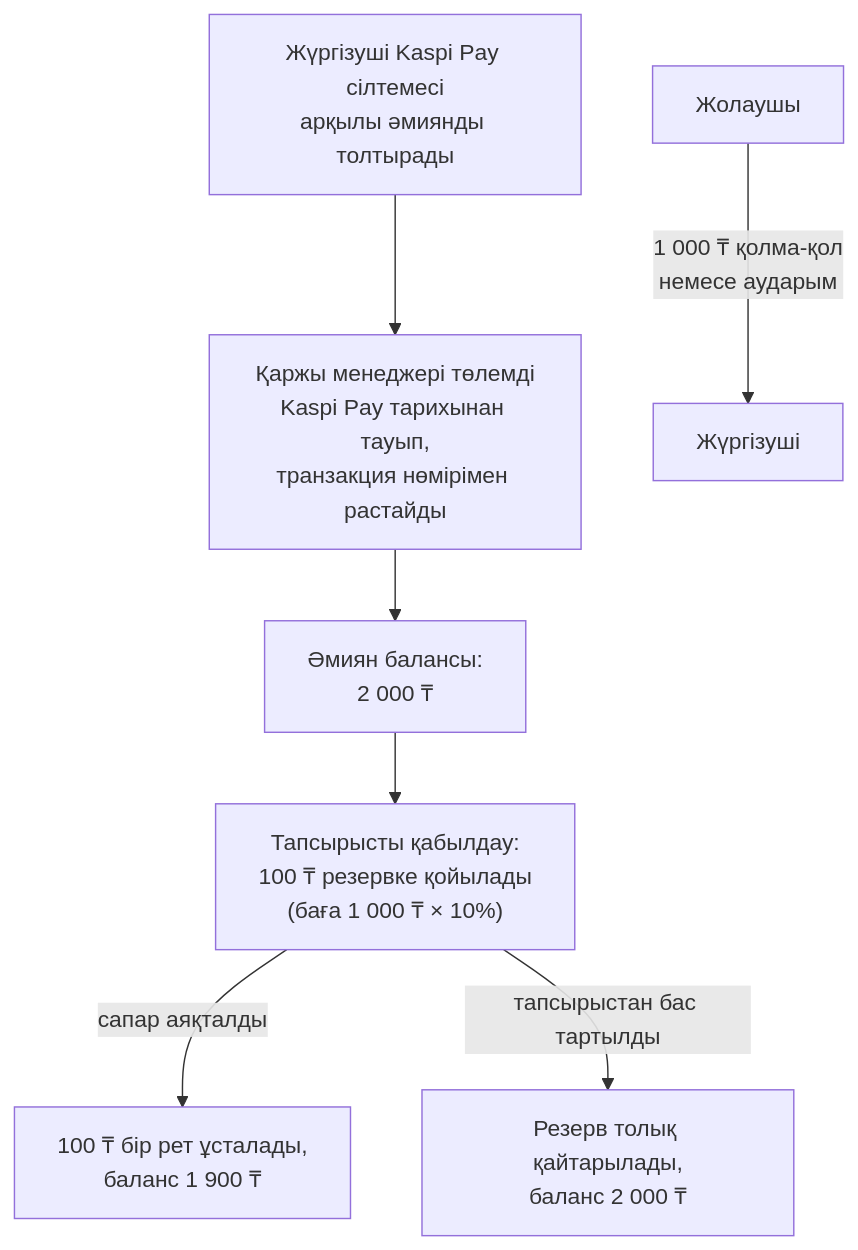
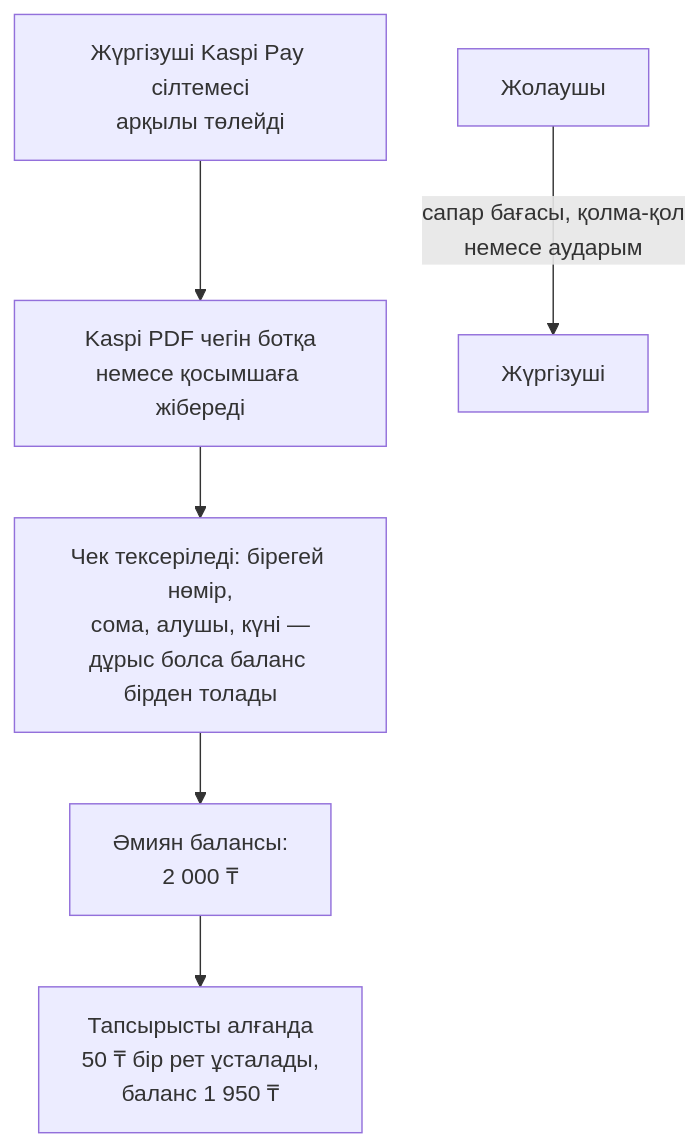
One commit to yereke99/jan-taxi changed the third of 5 diagrams in docs/CUSTOMER_OVERVIEW_KK.md. Above: the diagram before and after it, drawn with Mermaid. The commit also changed other lines of this file and 2 other files, not shown here.

````diff
--- a/docs/CUSTOMER_OVERVIEW_KK.md
+++ b/docs/CUSTOMER_OVERVIEW_KK.md
@@ -130,9 +146,8 @@
 ```mermaid
 flowchart TB
-  K1["Жүргізуші Kaspi Pay сілтемесі<br/>арқылы әмиянды толтырады"] --> K2["Қаржы менеджері төлемді<br/>Kaspi Pay тарихынан тауып,<br/>транзакция нөмірімен растайды"]
-  K2 --> K3["Әмиян балансы:<br/>2 000 ₸"]
-  K3 --> K4["Тапсырысты қабылдау:<br/>100 ₸ резервке қойылады<br/>(баға 1 000 ₸ × 10%)"]
-  K4 -->|"сапар аяқталды"| K5["100 ₸ бір рет ұсталады,<br/>баланс 1 900 ₸"]
-  K4 -->|"тапсырыстан бас тартылды"| K6["Резерв толық қайтарылады,<br/>баланс 2 000 ₸"]
-  J1["Жолаушы"] -->|"1 000 ₸ қолма-қол<br/>немесе аударым"| J2["Жүргізуші"]
+  K1["Жүргізуші Kaspi Pay сілтемесі<br/>арқылы төлейді"] --> K2["Kaspi PDF чегін ботқа<br/>немесе қосымшаға жібереді"]
+  K2 --> K3["Чек тексеріледі: бірегей нөмір,<br/>сома, алушы, күні —<br/>дұрыс болса баланс бірден толады"]
+  K3 --> K4["Әмиян балансы:<br/>2 000 ₸"]
+  K4 --> K5["Тапсырысты алғанда<br/>50 ₸ бір рет ұсталады,<br/>баланс 1 950 ₸"]
+  J1["Жолаушы"] -->|"сапар бағасы, қолма-қол<br/>немесе аударым"| J2["Жүргізуші"]
 ```
````
